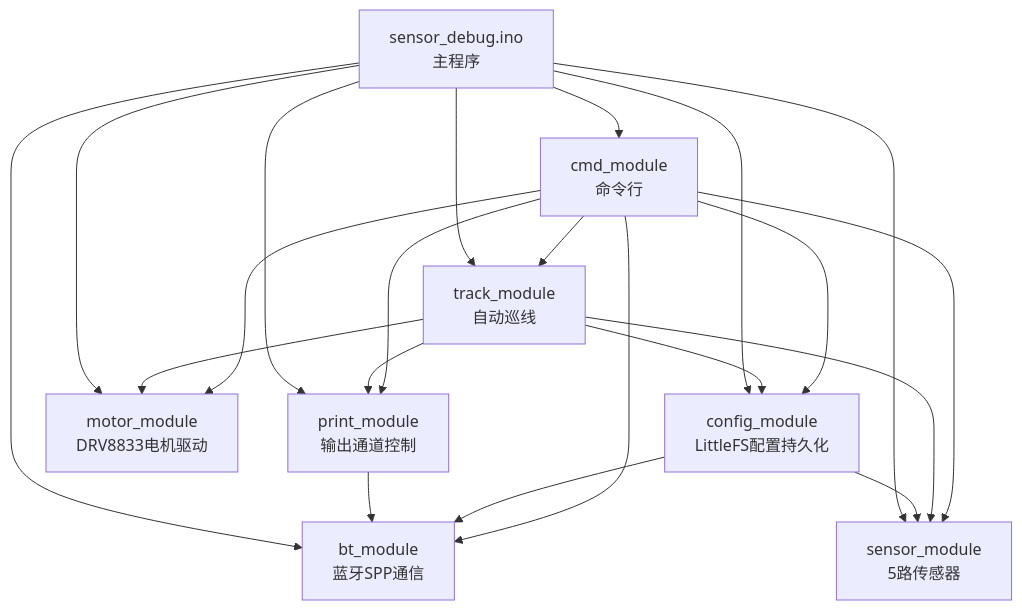
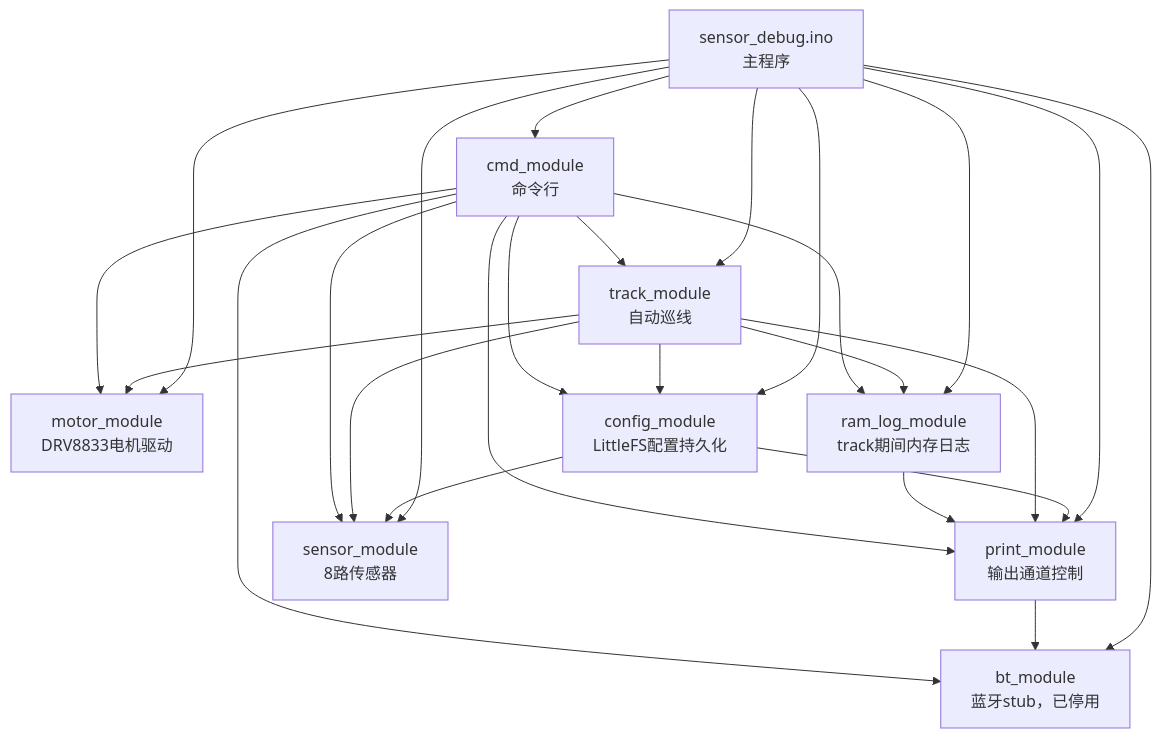
Before and after one commit to longqijun/linetrace: the first of 2 diagrams in 设计说明.md, drawn with Mermaid. The commit also changed other lines of this file and 3 other files, not shown here.

````diff
--- a/设计说明.md
+++ b/设计说明.md
@@ -403,33 +531,38 @@
 ```mermaid
 graph TD
   ino[sensor_debug.ino<br/>主程序]
-  bt[bt_module<br/>蓝牙SPP通信]
+  bt[bt_module<br/>蓝牙stub，已停用]
   print[print_module<br/>输出通道控制]
-  sensor[sensor_module<br/>5路传感器]
+  sensor[sensor_module<br/>8路传感器]
   motor[motor_module<br/>DRV8833电机驱动]
   config[config_module<br/>LittleFS配置持久化]
   track[track_module<br/>自动巡线]
+  ramlog[ram_log_module<br/>track期间内存日志]
   cmd[cmd_module<br/>命令行]
 
   ino --> bt
   ino --> print
   ino --> sensor
   ino --> motor
   ino --> config
   ino --> track
   ino --> cmd
+  ino --> ramlog
 
   print --> bt
   config --> sensor
-  config --> bt
+  config --> print
   track --> sensor
   track --> motor
   track --> config
   track --> print
+  track --> ramlog
+  ramlog --> print
   cmd --> bt
   cmd --> motor
   cmd --> print
   cmd --> config
   cmd --> track
   cmd --> sensor
+  cmd --> ramlog
 ```
````
